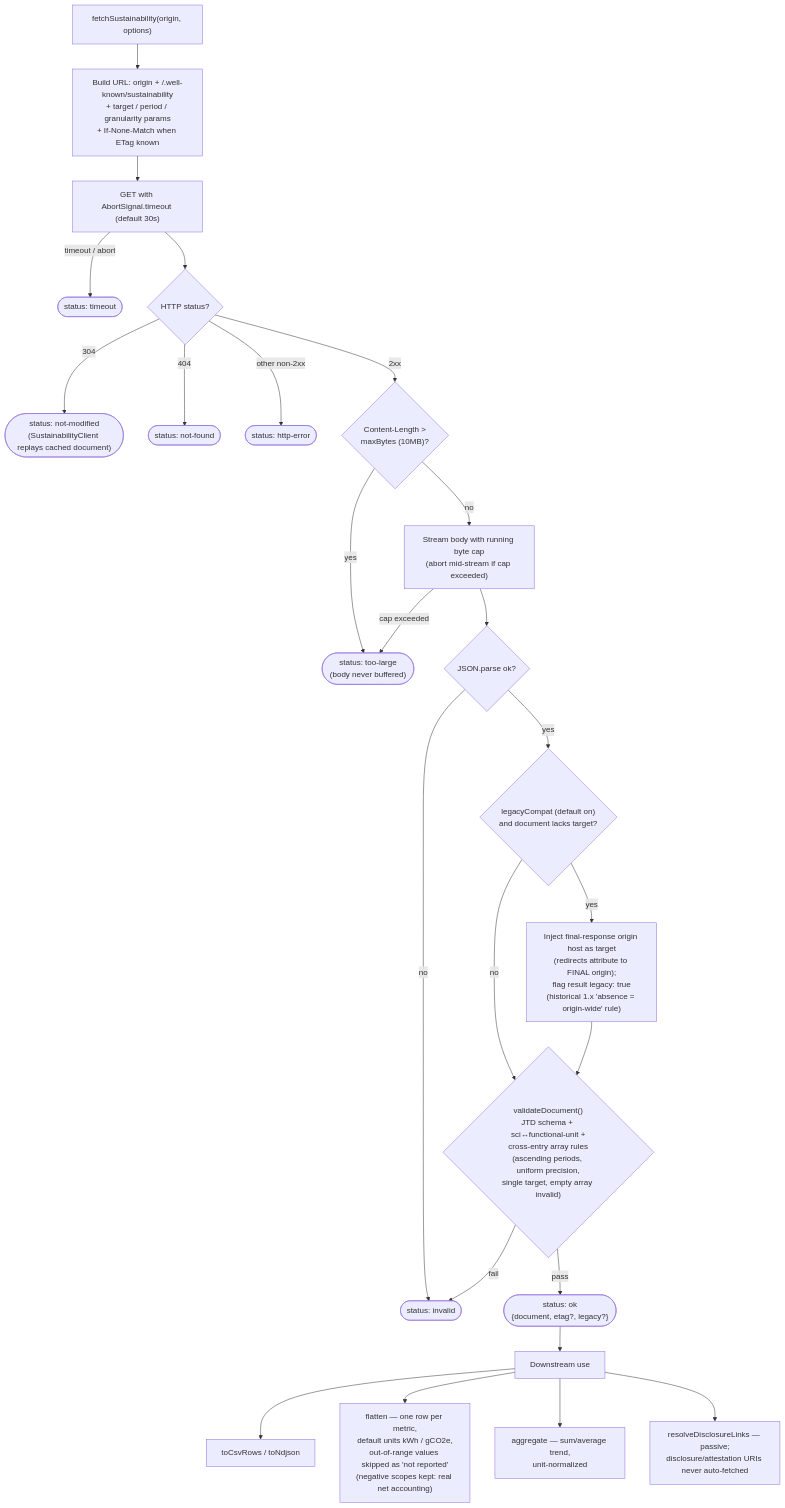
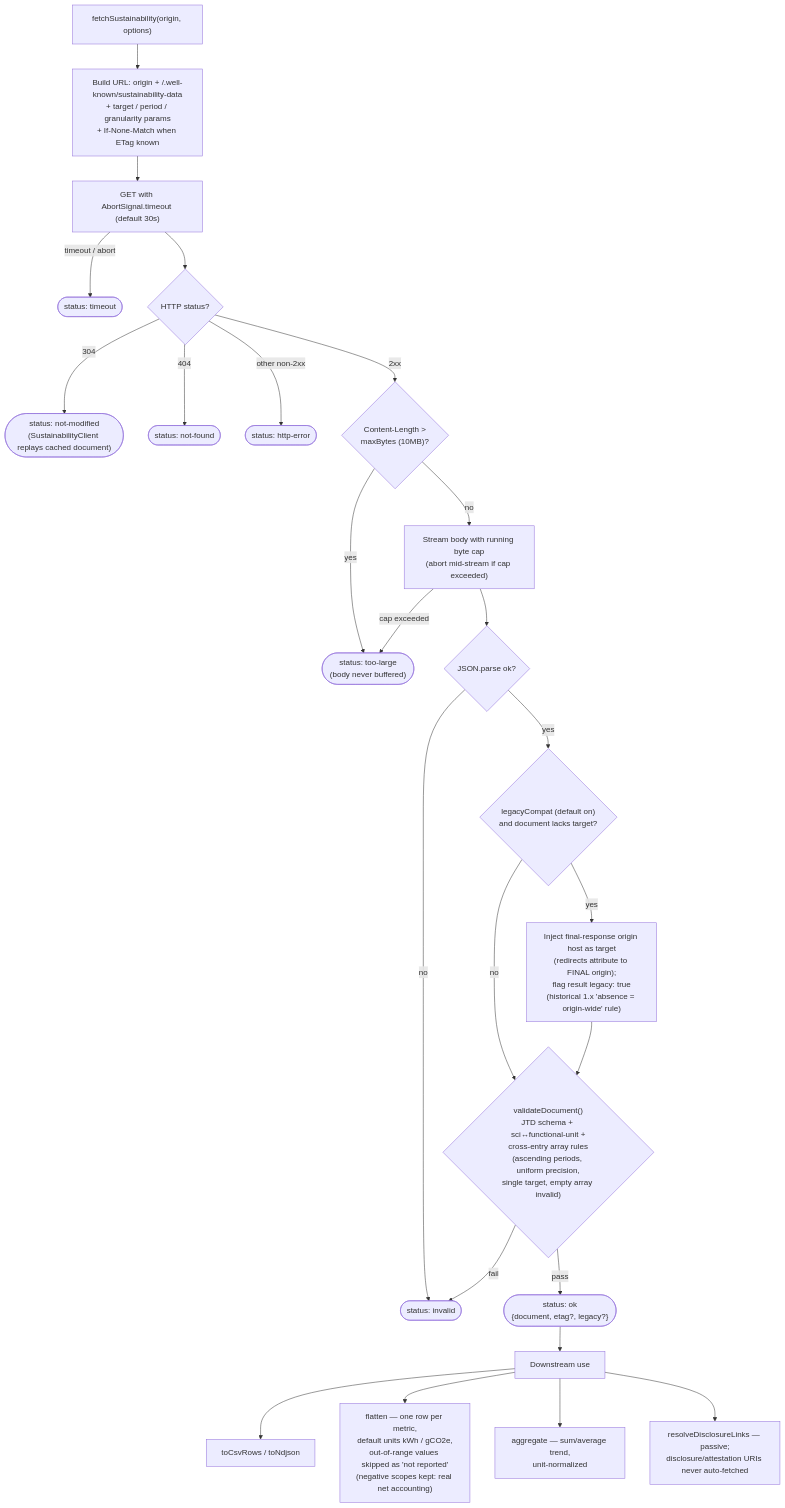
Before and after one commit to andreibesleaga/rfc-sustainability-wellknown: the eighth of 10 diagrams in architecture/README.md, drawn with Mermaid. The commit also changed other lines of this file and 117 other files, not shown here.

````diff
--- a/architecture/README.md
+++ b/architecture/README.md
@@ -635,33 +647,33 @@
 ```mermaid
 flowchart TD
-    START["fetchSustainability(origin, options)"] --> URL["Build URL: origin + /.well-known/sustainability<br/>+ target / period / granularity params<br/>+ If-None-Match when ETag known"]
+    START["fetchSustainability(origin, options)"] --> URL["Build URL: origin + /.well-known/sustainability-data<br/>+ target / period / granularity params<br/>+ If-None-Match when ETag known"]
     URL --> REQ["GET with AbortSignal.timeout (default 30s)"]
 
     REQ -- "timeout / abort" --> TMO(["status: timeout"])
     REQ --> ST{"HTTP status?"}
     ST -- "304" --> NM(["status: not-modified<br/>(SustainabilityClient replays cached document)"])
     ST -- "404" --> NF(["status: not-found"])
     ST -- "other non-2xx" --> HE(["status: http-error"])
     ST -- "2xx" --> CL{"Content-Length ><br/>maxBytes (10MB)?"}
 
     CL -- "yes" --> TL(["status: too-large<br/>(body never buffered)"])
     CL -- "no" --> READ["Stream body with running byte cap<br/>(abort mid-stream if cap exceeded)"]
     READ -- "cap exceeded" --> TL
     READ --> PARSE{"JSON.parse ok?"}
     PARSE -- "no" --> INV(["status: invalid"])
 
     PARSE -- "yes" --> LC{"legacyCompat (default on)<br/>and document lacks target?"}
     LC -- "yes" --> INJ["Inject final-response origin host as target<br/>(redirects attribute to FINAL origin);<br/>flag result legacy: true<br/>(historical 1.x 'absence = origin-wide' rule)"]
     LC -- "no" --> VAL
     INJ --> VAL
 
     VAL{"validateDocument()<br/>JTD schema + sci↔functional-unit +<br/>cross-entry array rules<br/>(ascending periods, uniform precision,<br/>single target, empty array invalid)"}
     VAL -- "fail" --> INV
     VAL -- "pass" --> OK(["status: ok<br/>{document, etag?, legacy?}"])
 
     OK --> USE["Downstream use"]
     USE --> T1["toCsvRows / toNdjson"]
     USE --> T2["flatten — one row per metric,<br/>default units kWh / gCO2e,<br/>out-of-range values skipped as 'not reported'<br/>(negative scopes kept: real net accounting)"]
     USE --> T3["aggregate — sum/average trend,<br/>unit-normalized"]
     USE --> T4["resolveDisclosureLinks — passive;<br/>disclosure/attestation URIs never auto-fetched"]
 ```
````
